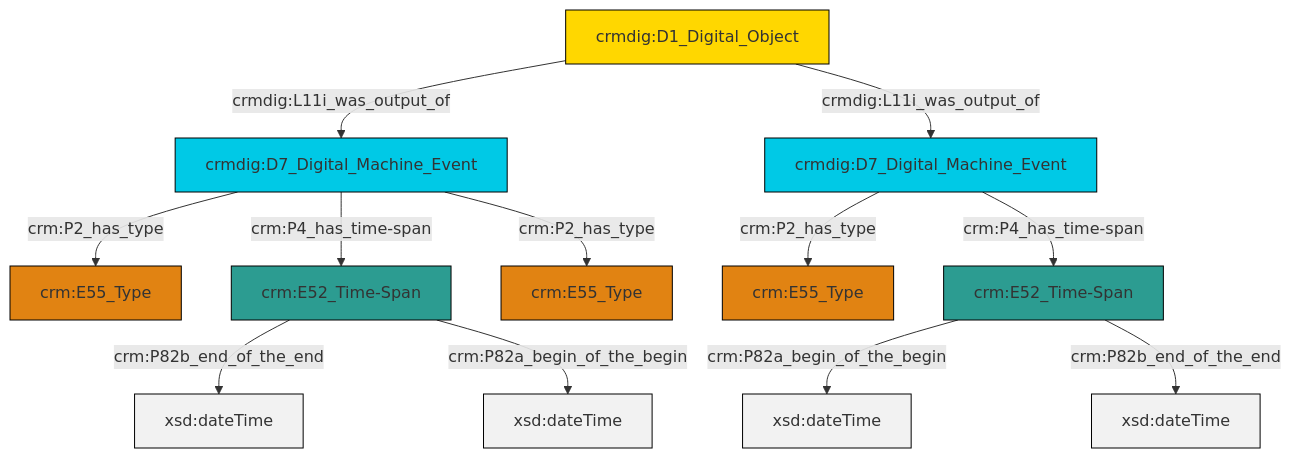
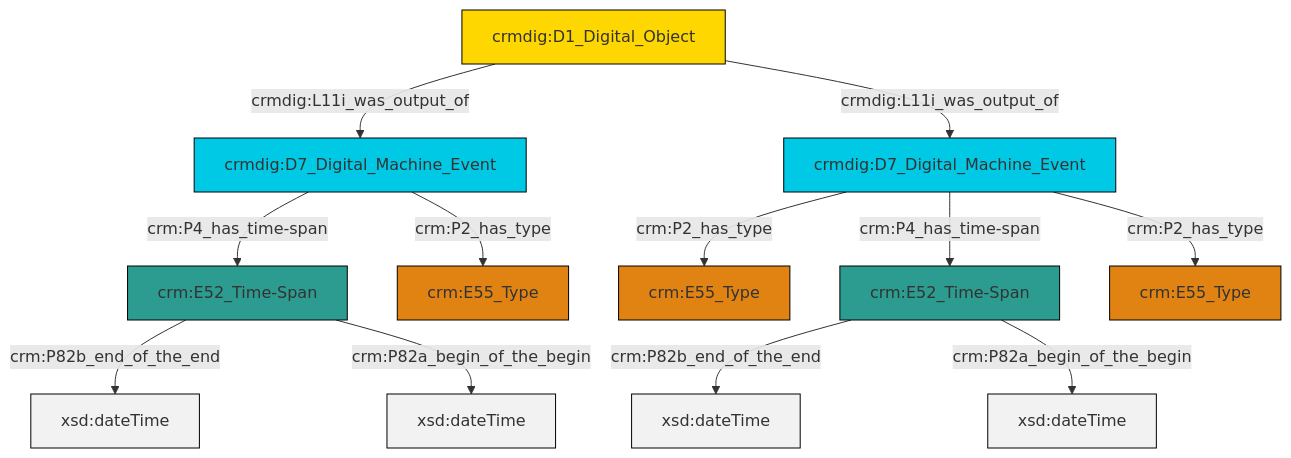
One commit to swiss-art-research-net/reference-data-models changed the diagram in et/doCSV/ttl/mmd/do_existence.ttl.mmd. Above: the diagram before and after it, drawn with Mermaid. The commit also changed 130 other files, not shown here.

```diff
--- a/et/doCSV/ttl/mmd/do_existence.ttl.mmd
+++ b/et/doCSV/ttl/mmd/do_existence.ttl.mmd
@@ -1,26 +1,26 @@
 graph TD
 classDef Literal fill:#f2f2f2,stroke:#000000;
 classDef CRM_Entity fill:#FFFFFF,stroke:#000000;
 classDef Temporal_Entity fill:#00C9E6, stroke:#000000;
 classDef Type fill:#E18312, stroke:#000000;
 classDef Time-Span fill:#2C9C91, stroke:#000000;
 classDef Appellation fill:#FFEB7F, stroke:#000000;
 classDef Place fill:#008836, stroke:#000000;
 classDef Persistent_Item fill:#B266B2, stroke:#000000;
 classDef Conceptual_Object fill:#FFD700, stroke:#000000;
 classDef Physical_Thing fill:#D2B48C, stroke:#000000;
 classDef Actor fill:#f58aad, stroke:#000000;
 classDef PC_Classes fill:#4ce600, stroke:#000000;
 classDef Multi fill:#cccccc,stroke:#000000;
 
-0["crmdig:D7_Digital_Machine_Event"]:::Temporal_Entity -->|crm:P2_has_type| 1["crm:E55_Type"]:::Type
-3["crm:E52_Time-Span"]:::Time-Span -->|crm:P82a_begin_of_the_begin| 4[xsd:dateTime]:::Literal
-9["crm:E52_Time-Span"]:::Time-Span -->|crm:P82b_end_of_the_end| 10[xsd:dateTime]:::Literal
-6["crmdig:D7_Digital_Machine_Event"]:::Temporal_Entity -->|crm:P2_has_type| 11["crm:E55_Type"]:::Type
-0["crmdig:D7_Digital_Machine_Event"]:::Temporal_Entity -->|crm:P4_has_time-span| 9["crm:E52_Time-Span"]:::Time-Span
-15["crmdig:D1_Digital_Object"]:::Conceptual_Object -->|crmdig:L11i_was_output_of| 0["crmdig:D7_Digital_Machine_Event"]:::Temporal_Entity
-3["crm:E52_Time-Span"]:::Time-Span -->|crm:P82b_end_of_the_end| 18[xsd:dateTime]:::Literal
-15["crmdig:D1_Digital_Object"]:::Conceptual_Object -->|crmdig:L11i_was_output_of| 6["crmdig:D7_Digital_Machine_Event"]:::Temporal_Entity
-6["crmdig:D7_Digital_Machine_Event"]:::Temporal_Entity -->|crm:P4_has_time-span| 3["crm:E52_Time-Span"]:::Time-Span
-9["crm:E52_Time-Span"]:::Time-Span -->|crm:P82a_begin_of_the_begin| 21[xsd:dateTime]:::Literal
-0["crmdig:D7_Digital_Machine_Event"]:::Temporal_Entity -->|crm:P2_has_type| 13["crm:E55_Type"]:::Type
+2["crmdig:D7_Digital_Machine_Event"]:::Temporal_Entity -->|crm:P2_has_type| 3["crm:E55_Type"]:::Type
+4["crmdig:D7_Digital_Machine_Event"]:::Temporal_Entity -->|crm:P2_has_type| 6["crm:E55_Type"]:::Type
+0["crm:E52_Time-Span"]:::Time-Span -->|crm:P82b_end_of_the_end| 9[xsd:dateTime]:::Literal
+2["crmdig:D7_Digital_Machine_Event"]:::Temporal_Entity -->|crm:P4_has_time-span| 10["crm:E52_Time-Span"]:::Time-Span
+11["crmdig:D1_Digital_Object"]:::Conceptual_Object -->|crmdig:L11i_was_output_of| 2["crmdig:D7_Digital_Machine_Event"]:::Temporal_Entity
+0["crm:E52_Time-Span"]:::Time-Span -->|crm:P82a_begin_of_the_begin| 12[xsd:dateTime]:::Literal
+11["crmdig:D1_Digital_Object"]:::Conceptual_Object -->|crmdig:L11i_was_output_of| 4["crmdig:D7_Digital_Machine_Event"]:::Temporal_Entity
+10["crm:E52_Time-Span"]:::Time-Span -->|crm:P82b_end_of_the_end| 14[xsd:dateTime]:::Literal
+10["crm:E52_Time-Span"]:::Time-Span -->|crm:P82a_begin_of_the_begin| 20[xsd:dateTime]:::Literal
+4["crmdig:D7_Digital_Machine_Event"]:::Temporal_Entity -->|crm:P4_has_time-span| 0["crm:E52_Time-Span"]:::Time-Span
+4["crmdig:D7_Digital_Machine_Event"]:::Temporal_Entity -->|crm:P2_has_type| 18["crm:E55_Type"]:::Type
```
